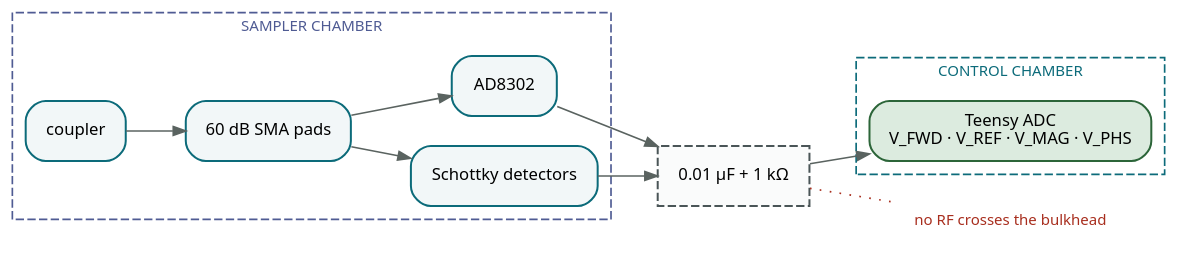
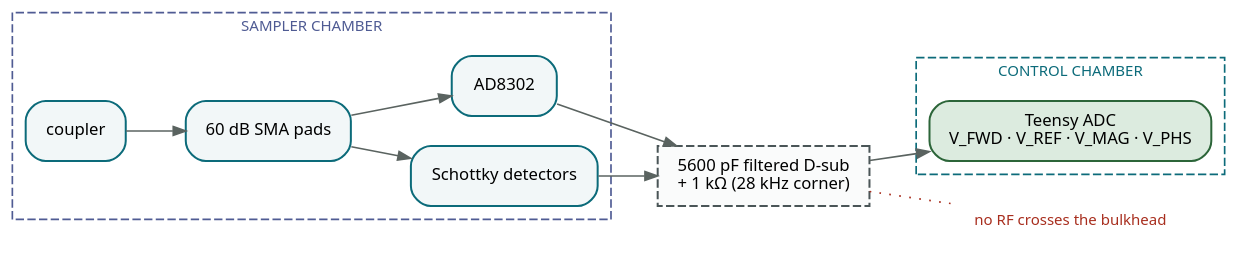
The diagram in doc/diagrams/crossing.dot (driador/antenna-tuner), drawn with Graphviz before and after one commit. The commit also changed 55 other files, not shown here.

```diff
--- a/doc/diagrams/crossing.dot
+++ b/doc/diagrams/crossing.dot
@@ -1,28 +1,28 @@
 digraph x {
   rankdir=LR; nodesep=0.25; ranksep=0.5;
   graph [fontname="Noto Sans", fontsize=10, bgcolor="transparent", pad=0.15];
   node  [fontname="Noto Sans", fontsize=10, shape=box, style="rounded,filled",
          fillcolor="#F2F7F8", color="#0C6B7A", penwidth=1.2, margin="0.16,0.09"];
   edge  [fontname="Noto Sans", fontsize=8.5, color="#5A6360", arrowsize=0.75,
          fontcolor="#4A5557"];
 
   subgraph cluster_s {
     label="SAMPLER CHAMBER"; fontname="Noto Sans"; fontsize=9;
     color="#4F5B93"; style=dashed; fontcolor="#4F5B93";
     cpl [label="coupler"]; pad [label="60 dB SMA pads"];
     det [label="Schottky detectors"]; ad  [label="AD8302"];
     cpl->pad; pad->det; pad->ad;
   }
-  f1 [label="0.01 µF + 1 kΩ", shape=box, style="filled,dashed",
+  f1 [label="5600 pF filtered D-sub\n+ 1 kΩ (28 kHz corner)", shape=box, style="filled,dashed",
       fillcolor="#FAFBFB", color="#4A5557"];
   subgraph cluster_c {
     label="CONTROL CHAMBER"; fontname="Noto Sans"; fontsize=9;
     color="#0C6B7A"; style=dashed; fontcolor="#0C6B7A";
     adc [label="Teensy ADC\nV_FWD · V_REF · V_MAG · V_PHS",
          fillcolor="#DCEBDF", color="#2C6539"];
   }
   det->f1; ad->f1; f1->adc;
   nort [label="no RF crosses the bulkhead", shape=plaintext,
         fillcolor="transparent", fontcolor="#A82E1E", fontsize=9];
   f1->nort [style=dotted, color="#A82E1E", arrowhead=none];
 }
```
